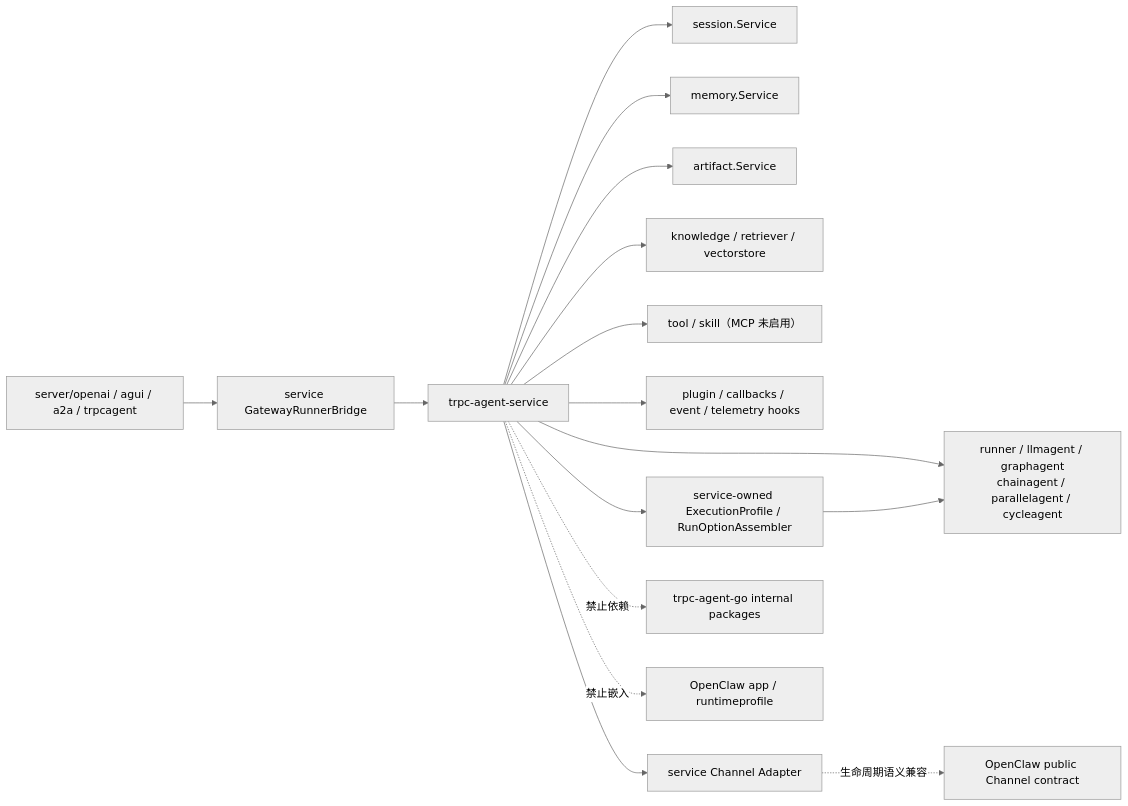
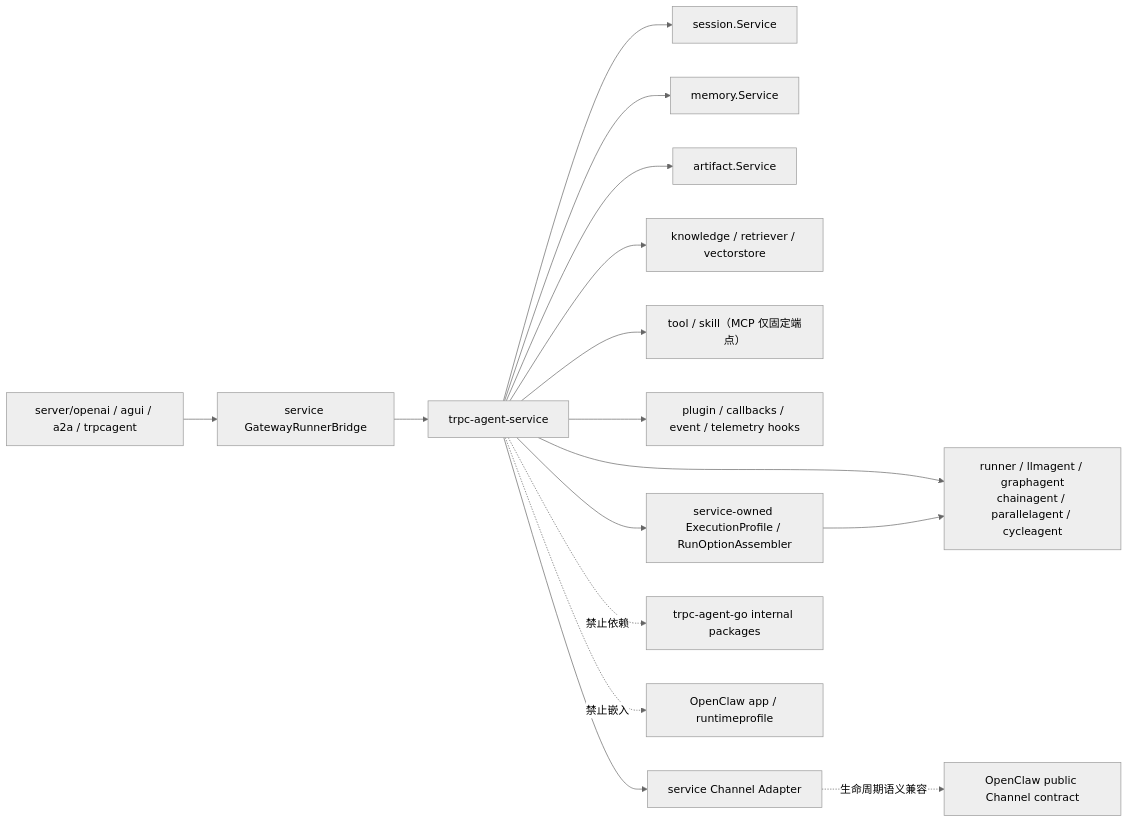
The second of 2 diagrams in docs/design/6.module-boundaries.md (everfid-ever/trpc-agent-service), drawn with Mermaid (neutral theme) before and after one commit. The commit also changed other lines of this file and 10 other files, not shown here.

Commit message:
feat: add tenant-scoped MCP registry and integrate into worker tool catalog

````diff
--- a/docs/design/6.module-boundaries.md
+++ b/docs/design/6.module-boundaries.md
@@ -67,18 +67,18 @@
 ```mermaid
 flowchart LR
   S["trpc-agent-service"] --> R["runner / llmagent / graphagent<br/>chainagent / parallelagent / cycleagent"]
   S --> SS["session.Service"]
   S --> MS["memory.Service"]
   S --> AS["artifact.Service"]
   S --> KS["knowledge / retriever / vectorstore"]
-  S --> SK["tool / skill（MCP 未启用）"]
+  S --> SK["tool / skill（MCP 仅固定端点）"]
   S --> TM["plugin / callbacks / event / telemetry hooks"]
   SF["server/openai / agui / a2a / trpcagent"] --> GB["service GatewayRunnerBridge"]
   GB --> S
   EP["service-owned ExecutionProfile / RunOptionAssembler"] --> R
   S --> EP
   C["service Channel Adapter"] -. "生命周期语义兼容" .-> OC["OpenClaw public Channel contract"]
   S --> C
   S -. "禁止依赖" .-> I["trpc-agent-go internal packages"]
   S -. "禁止嵌入" .-> O["OpenClaw app / runtimeprofile"]
 ```
````
